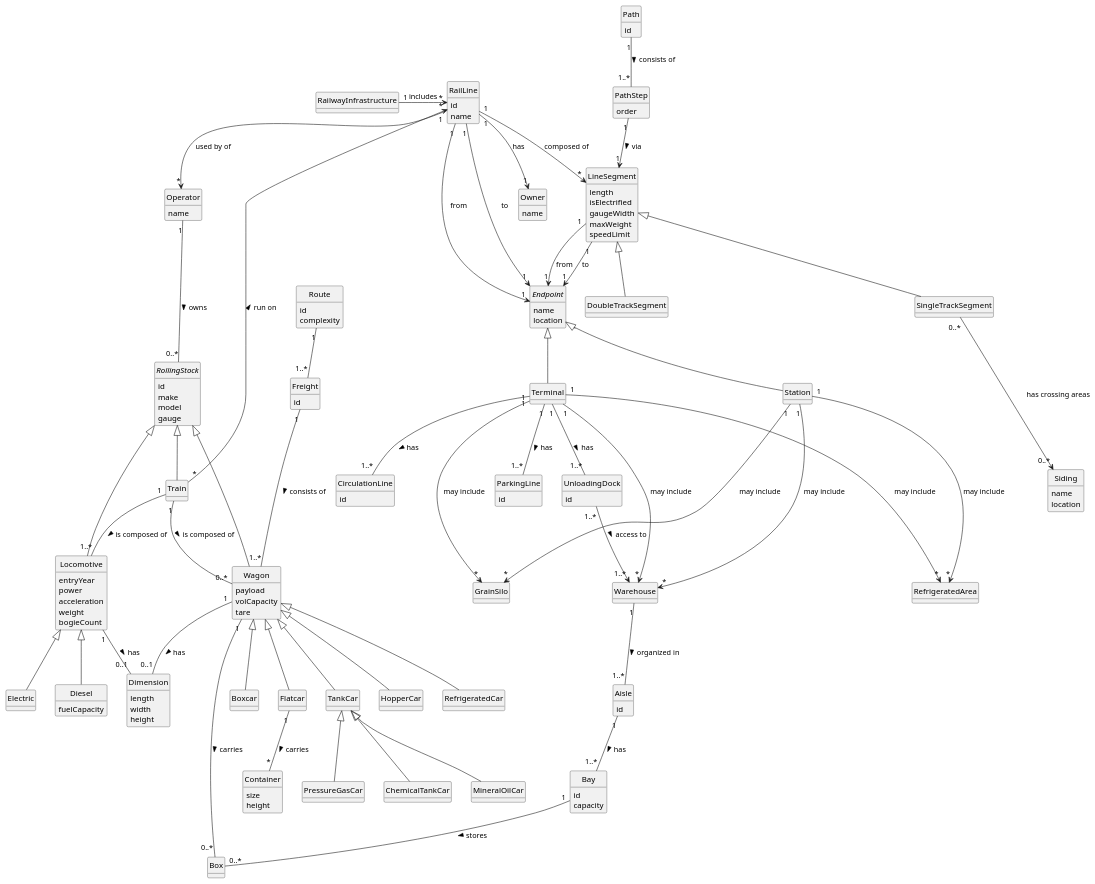
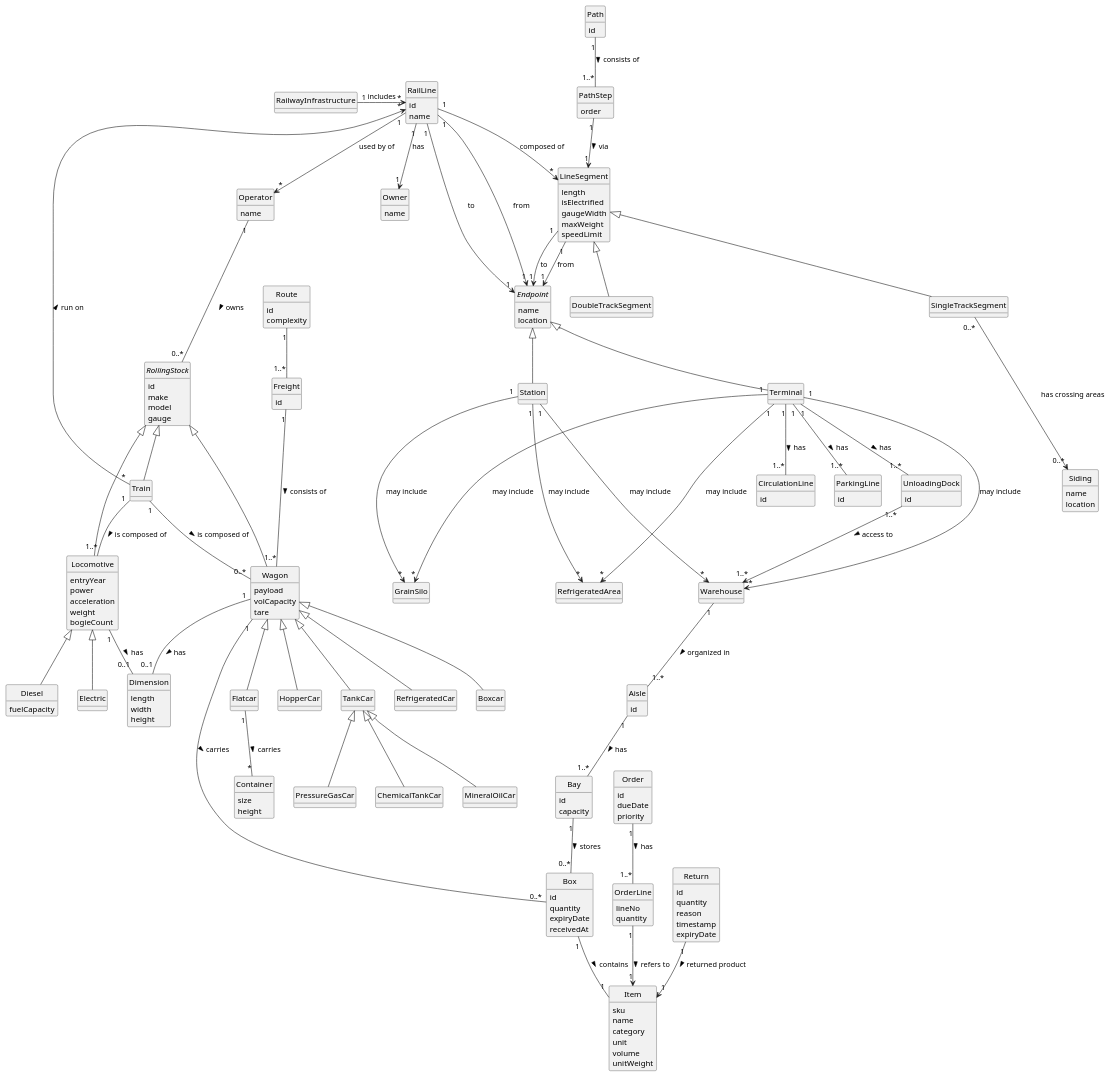
One commit to bruno-monteiro5/sem3-pi-25.26-g164-repository changed the diagram in docs/system-documentation/global-artifacts/DM/puml/DM.puml. Above: the diagram before and after it, drawn with PlantUML.

Commit message:
USLP01(Docs)- domain model updated with some more details with new classes related to the warehouse [#25]

```diff
--- a/docs/system-documentation/global-artifacts/DM/puml/DM.puml
+++ b/docs/system-documentation/global-artifacts/DM/puml/DM.puml
@@ -160,9 +160,39 @@
 }
 
 class Box {
+    id
+    quantity
+    expiryDate
+    receivedAt
 }
 
+class Item {
+    sku
+    name
+    category
+    unit
+    volume
+    unitWeight
+}
 
+class Order {
+    id
+    dueDate
+    priority
+}
+
+class OrderLine {
+    lineNo
+    quantity
+}
+
+class Return {
+    id
+    quantity
+    reason
+    timestamp
+    expiryDate
+}
 
 
 
@@ -200,5 +230,10 @@
 Bay "1" -- "0..*" Box : stores >
 Wagon "1" -- "0..*" Box : carries >
 UnloadingDock "1..*" --> "1..*" Warehouse : access to >
+Box "1" -- "1" Item : contains >
+Order "1" -- "1..*" OrderLine : has >
+OrderLine "1" --> "1" Item : refers to >
+Return "1" --> "1" Item : returned product >
+
 
 @enduml
```
